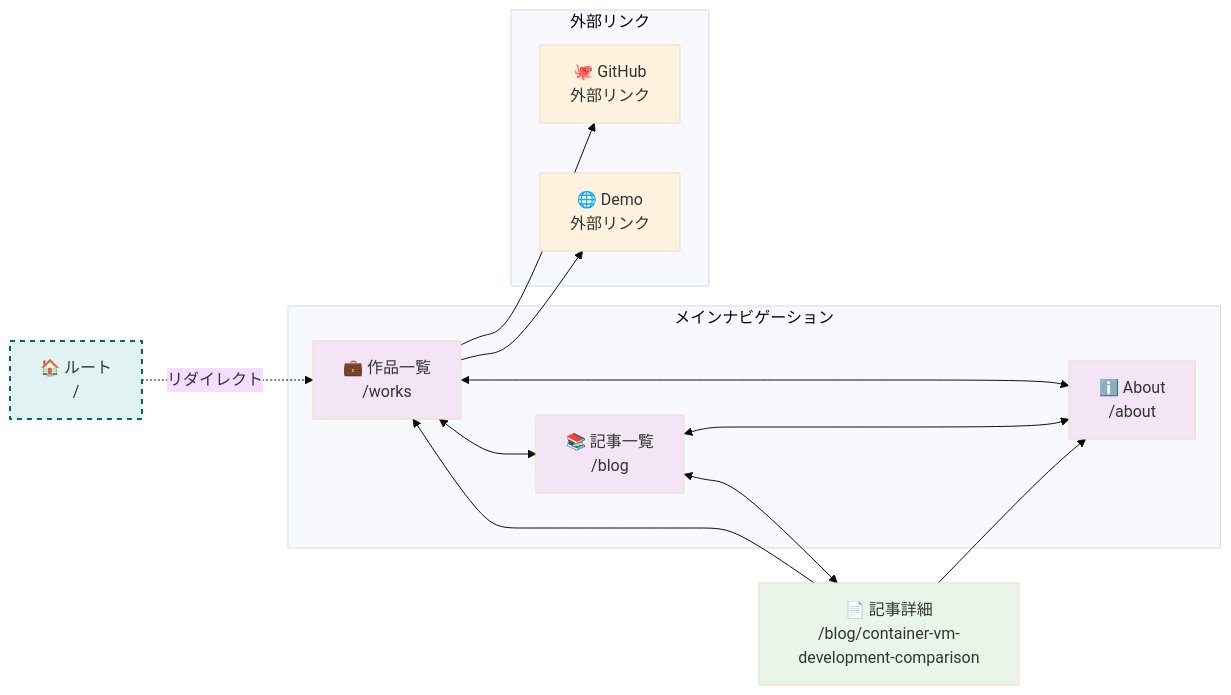
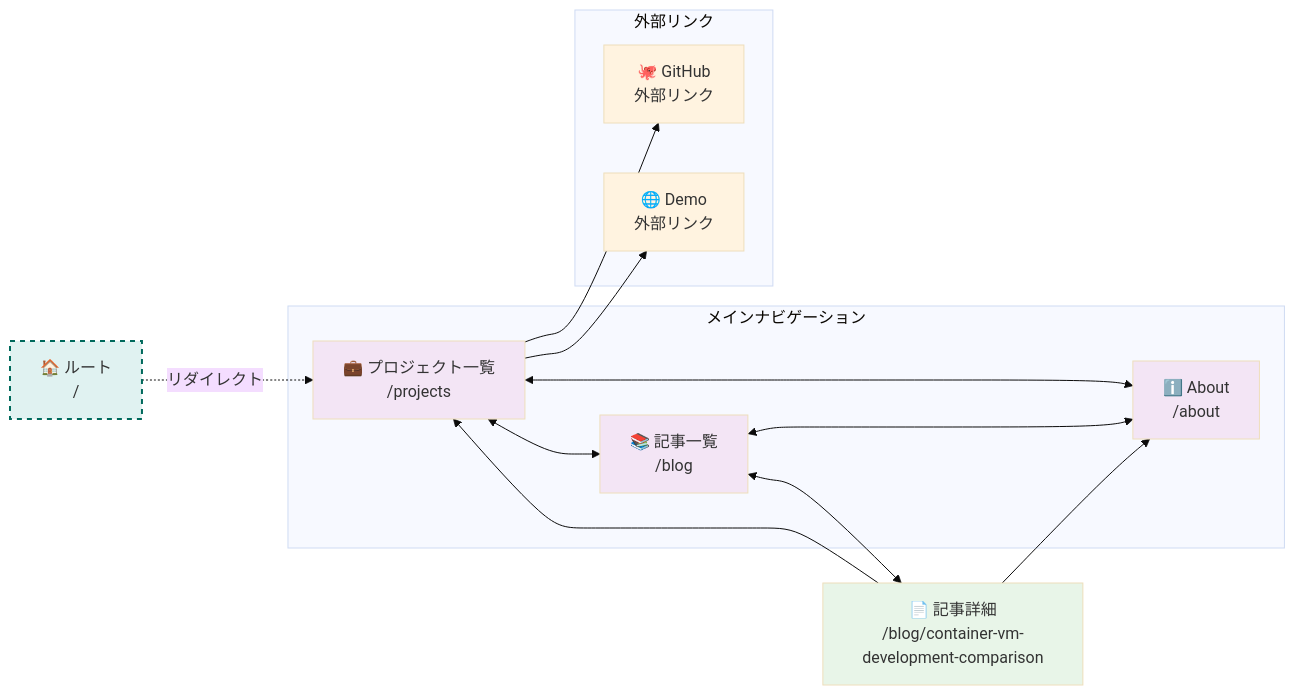
One commit to kmh-no3/kenji-hub changed the first of 2 diagrams in docs/navigation-overview.md. Above: the diagram before and after it, drawn with Mermaid (base theme). The commit also changed other lines of this file and 28 other files, not shown here.

````diff
--- a/docs/navigation-overview.md
+++ b/docs/navigation-overview.md
@@ -5,49 +5,49 @@
 ```mermaid
 flowchart LR
     %% エントリーポイント
     Root[🏠 ルート<br/>/]
     
     %% メインナビゲーション
     subgraph "メインナビゲーション"
-        Works[💼 作品一覧<br/>/works]
+        Projects[💼 プロジェクト一覧<br/>/projects]
         Blog[📚 記事一覧<br/>/blog]
         About[ℹ️ About<br/>/about]
     end
     
     %% 詳細ページ
     ArticleDetail[📄 記事詳細<br/>/blog/container-vm-development-comparison]
     
     %% 外部リンク
     subgraph "外部リンク"
         GitHub[🐙 GitHub<br/>外部リンク]
         Demo[🌐 Demo<br/>外部リンク]
     end
     
     %% ルートページのリダイレクト
-    Root -.->|リダイレクト| Works
+    Root -.->|リダイレクト| Projects
     
     %% メインナビゲーション間の双方向遷移
-    Works <--> Blog
-    Works <--> About
+    Projects <--> Blog
+    Projects <--> About
     Blog <--> About
     
     %% ブログ関連の遷移（双方向1本）
     Blog <--> ArticleDetail
     
     %% 記事詳細からの遷移
-    ArticleDetail --> Works
+    ArticleDetail --> Projects
     ArticleDetail --> About
     
     %% 外部リンク
-    Works --> GitHub
-    Works --> Demo
+    Projects --> GitHub
+    Projects --> Demo
     
     %% スタイル設定
-    style Works fill:#f3e5f5
+    style Projects fill:#f3e5f5
     style Blog fill:#f3e5f5
     style About fill:#f3e5f5
     style ArticleDetail fill:#e8f5e8
     style Root fill:#e0f2f1,stroke:#00695c,stroke-width:2px,stroke-dasharray: 5 5
     style GitHub fill:#fff3e0
     style Demo fill:#fff3e0
 ```
````
